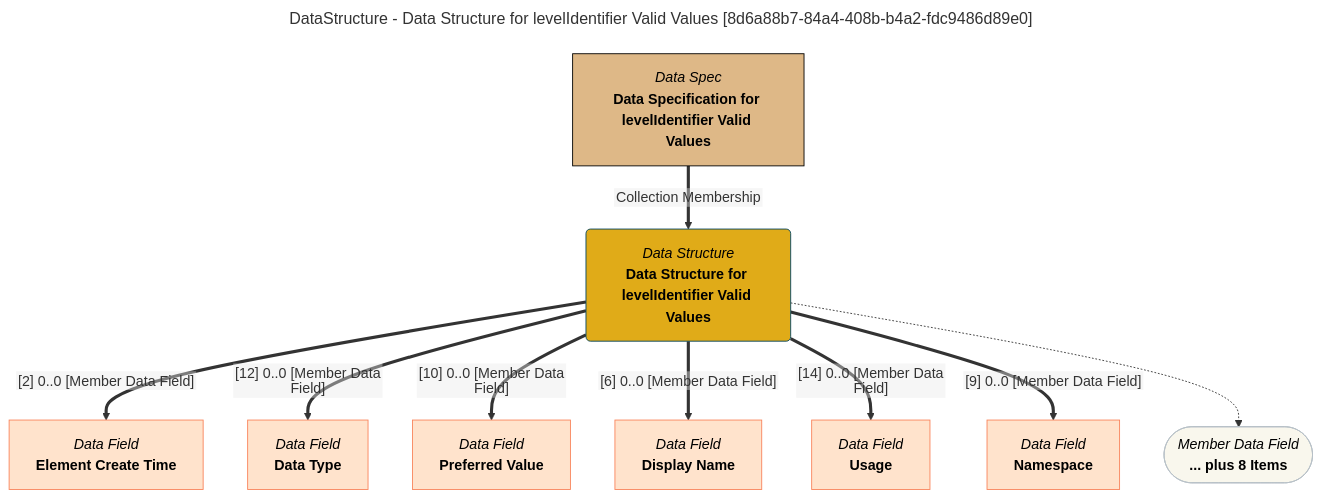
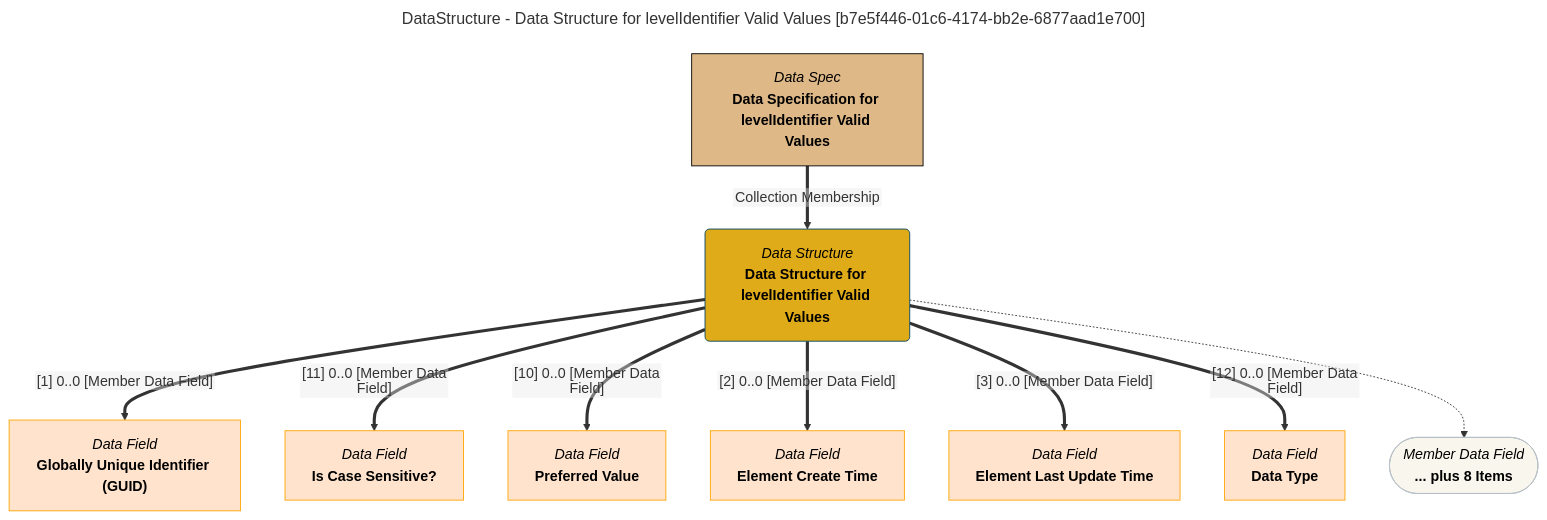
The diagram in site/snippets/data-structures/data-structure-for-levelidentifier-valid-values-mermaid-graph.md (odpi/egeria-docs), drawn with Mermaid before and after one commit. The commit also changed 2201 other files, not shown here.

````diff
--- a/site/snippets/data-structures/data-structure-for-levelidentifier-valid-values-mermaid-graph.md
+++ b/site/snippets/data-structures/data-structure-for-levelidentifier-valid-values-mermaid-graph.md
@@ -1,43 +1,43 @@
 ```mermaid
 ---
-title: DataStructure - Data Structure for levelIdentifier Valid Values [8d6a88b7-84a4-408b-b4a2-fdc9486d89e0]
+title: DataStructure - Data Structure for levelIdentifier Valid Values [b7e5f446-01c6-4174-bb2e-6877aad1e700]
 ---
 flowchart TD
 %%{init: {"flowchart": {"htmlLabels": false}} }%%
 
 1@{ shape: rounded, label: "*Data Structure*
 **Data Structure for levelIdentifier Valid Values**"}
 2@{ shape: rect, label: "*Data Spec*
 **Data Specification for levelIdentifier Valid Values**"}
 2==>|"Collection Membership"|1
 3@{ shape: rect, label: "*Data Field*
-**Element Create Time**"}
-1==>|"[2] 0..0 [Member Data Field]"|3
+**Globally Unique Identifier (GUID)**"}
+1==>|"[1] 0..0 [Member Data Field]"|3
 4@{ shape: rect, label: "*Data Field*
-**Data Type**"}
-1==>|"[12] 0..0 [Member Data Field]"|4
+**Is Case Sensitive?**"}
+1==>|"[11] 0..0 [Member Data Field]"|4
 5@{ shape: rect, label: "*Data Field*
 **Preferred Value**"}
 1==>|"[10] 0..0 [Member Data Field]"|5
 6@{ shape: rect, label: "*Data Field*
-**Display Name**"}
-1==>|"[6] 0..0 [Member Data Field]"|6
+**Element Create Time**"}
+1==>|"[2] 0..0 [Member Data Field]"|6
 7@{ shape: rect, label: "*Data Field*
-**Usage**"}
-1==>|"[14] 0..0 [Member Data Field]"|7
+**Element Last Update Time**"}
+1==>|"[3] 0..0 [Member Data Field]"|7
 8@{ shape: rect, label: "*Data Field*
-**Namespace**"}
-1==>|"[9] 0..0 [Member Data Field]"|8
+**Data Type**"}
+1==>|"[12] 0..0 [Member Data Field]"|8
 9@{ shape: stadium, label: "*Member Data Field*
 **... plus 8 Items**"}
 1-.->9
 style 1 color:#000000, fill:#e0ab18, stroke:#004563
-style 2 color:#000000, fill:#deb887, stroke:#000000
-style 3 color:#000000, fill:#ffe3cc, stroke:#f9845b
-style 4 color:#000000, fill:#ffe3cc, stroke:#f9845b
-style 5 color:#000000, fill:#ffe3cc, stroke:#f9845b
-style 6 color:#000000, fill:#ffe3cc, stroke:#f9845b
-style 7 color:#000000, fill:#ffe3cc, stroke:#f9845b
-style 8 color:#000000, fill:#ffe3cc, stroke:#f9845b
+style 2 color:#000000, fill:#DEB887, stroke:#000000
+style 3 color:#000000, fill:#ffe3cc, stroke:#FFA500
+style 4 color:#000000, fill:#ffe3cc, stroke:#FFA500
+style 5 color:#000000, fill:#ffe3cc, stroke:#FFA500
+style 6 color:#000000, fill:#ffe3cc, stroke:#FFA500
+style 7 color:#000000, fill:#ffe3cc, stroke:#FFA500
+style 8 color:#000000, fill:#ffe3cc, stroke:#FFA500
 style 9 color:#000000, fill:#F9F7ED, stroke:#b7c0c7
 ```
````
